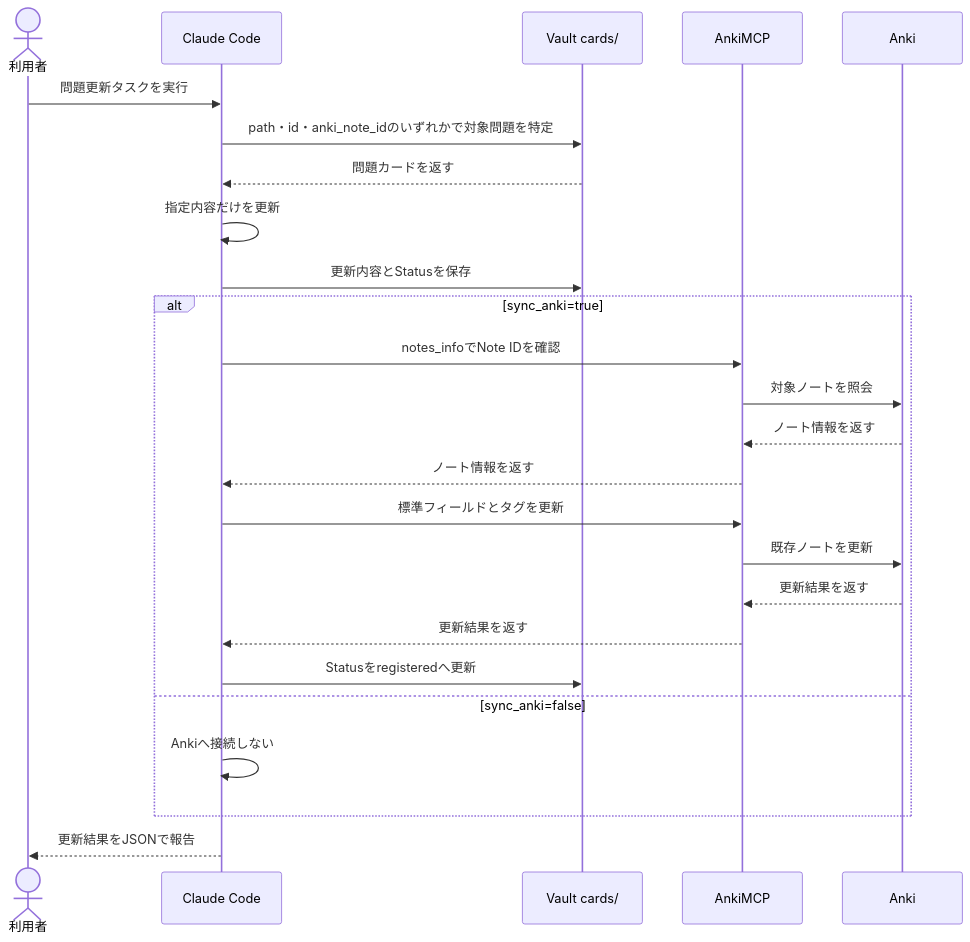
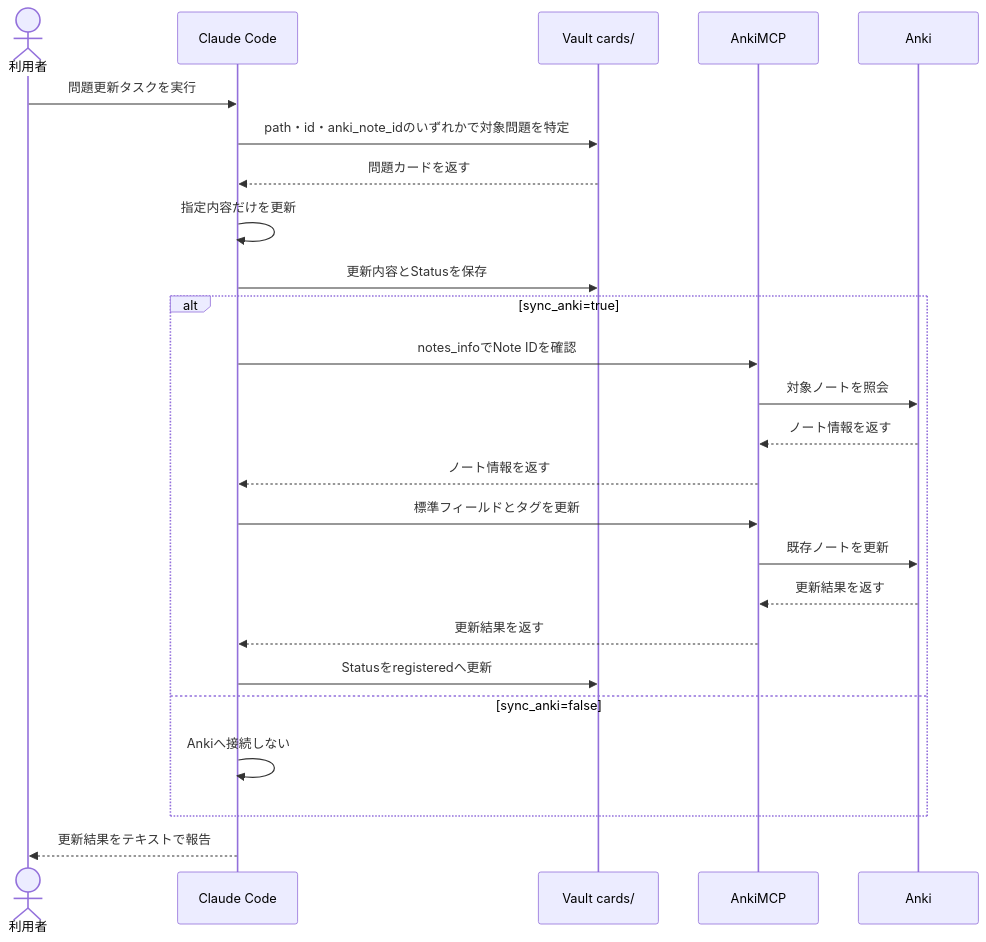
One commit to jun-tech-forge/obsidian-repository changed the fourth of 5 diagrams in .claude/doc/flashcard_workflow_spec.md. Above: the diagram before and after it, drawn with Mermaid. The commit also changed other lines of this file and 5 other files, not shown here.

````diff
--- a/.claude/doc/flashcard_workflow_spec.md
+++ b/.claude/doc/flashcard_workflow_spec.md
@@ -1158,28 +1158,28 @@
 ```mermaid
 sequenceDiagram
     actor User as 利用者
     participant CC as Claude Code
     participant C as Vault cards/
     participant M as AnkiMCP
     participant A as Anki
 
     User->>CC: 問題更新タスクを実行
     CC->>C: path・id・anki_note_idのいずれかで対象問題を特定
     C-->>CC: 問題カードを返す
     CC->>CC: 指定内容だけを更新
     CC->>C: 更新内容とStatusを保存
     alt sync_anki=true
         CC->>M: notes_infoでNote IDを確認
         M->>A: 対象ノートを照会
         A-->>M: ノート情報を返す
         M-->>CC: ノート情報を返す
         CC->>M: 標準フィールドとタグを更新
         M->>A: 既存ノートを更新
         A-->>M: 更新結果を返す
         M-->>CC: 更新結果を返す
         CC->>C: Statusをregisteredへ更新
     else sync_anki=false
         CC->>CC: Ankiへ接続しない
     end
-    CC-->>User: 更新結果をJSONで報告
+    CC-->>User: 更新結果をテキストで報告
 ```
````
